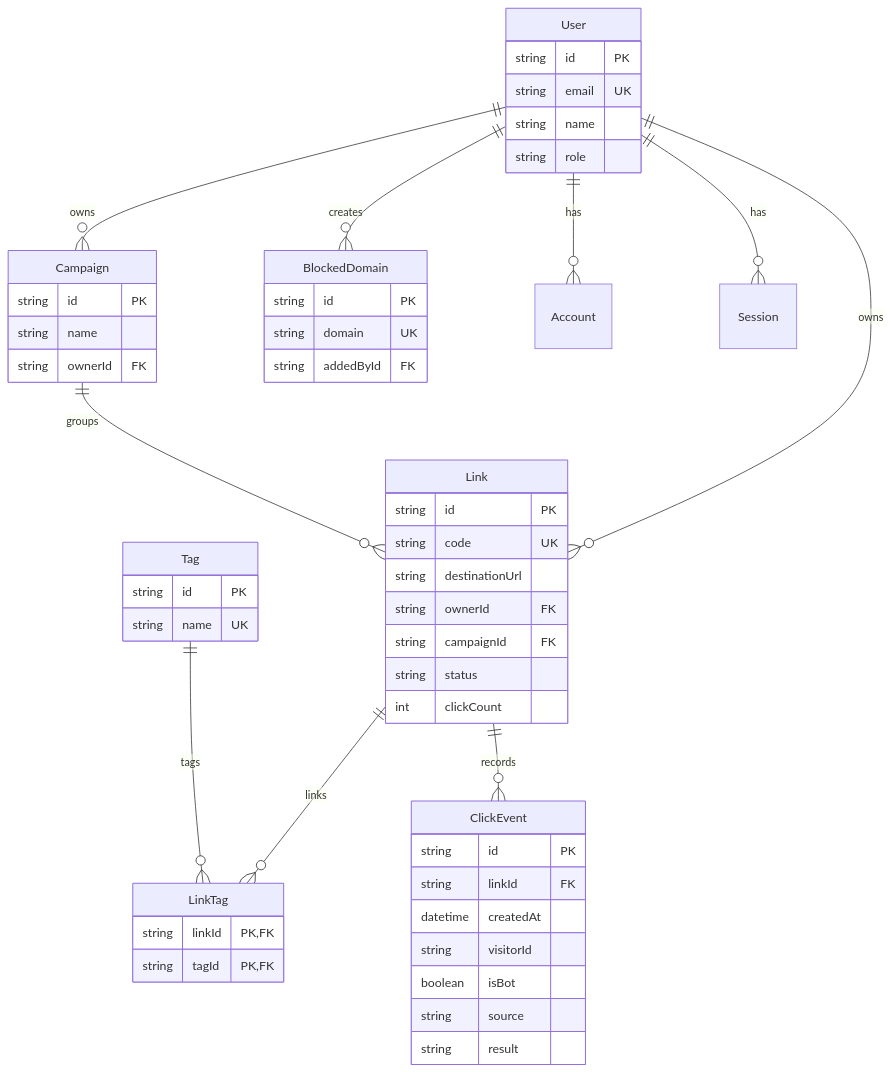
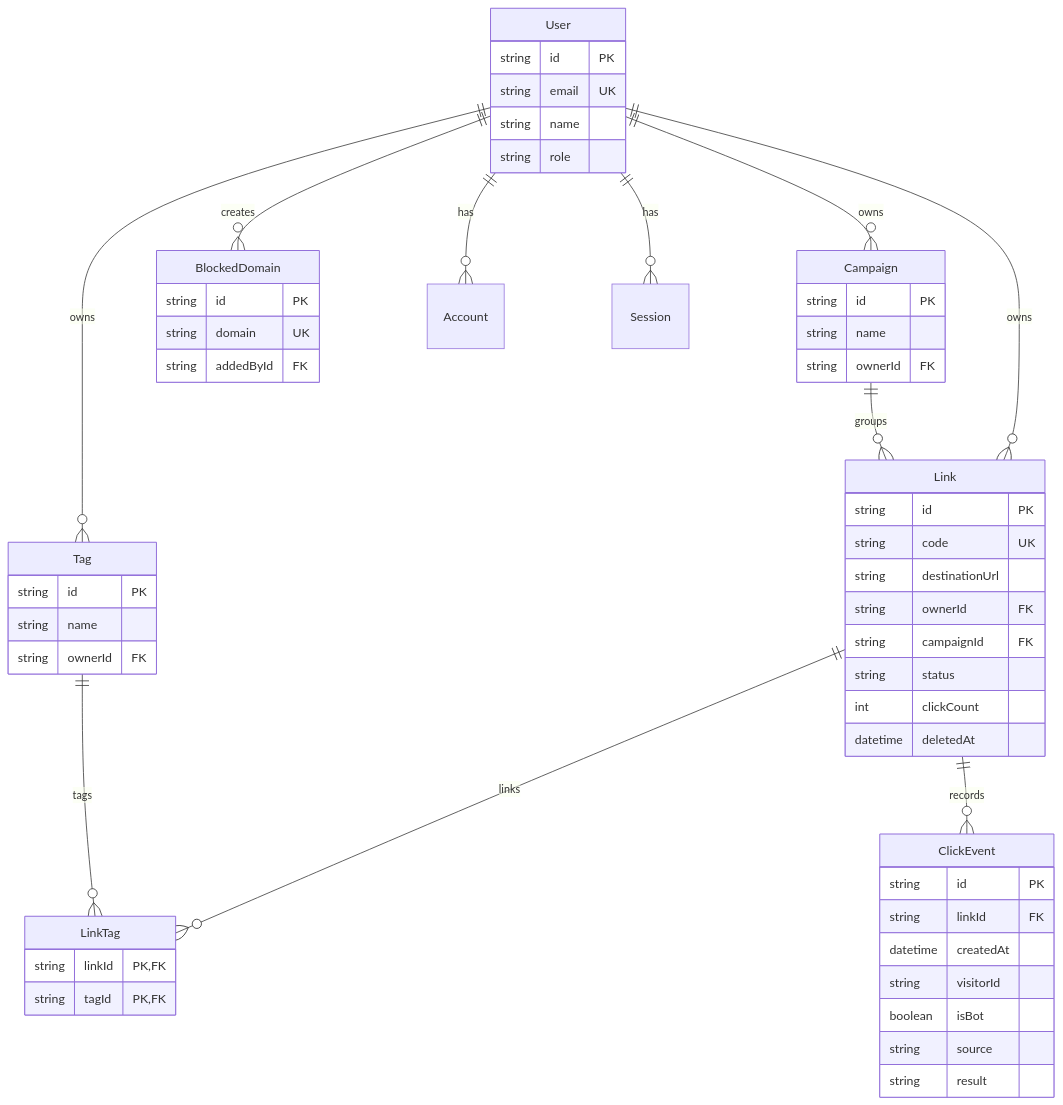
Before and after one commit to tejas0629/codeXplorer-linkpulse: the diagram in docs/DATABASE.md, drawn with Mermaid. The commit also changed other lines of this file and 12 other files, not shown here.

Commit message:
fix: apply schema review changes and sync docs

````diff
--- a/docs/DATABASE.md
+++ b/docs/DATABASE.md
@@ -13,61 +11,64 @@
 ```mermaid
 erDiagram
     User ||--o{ Link : owns
     User ||--o{ Campaign : owns
+    User ||--o{ Tag : owns
     User ||--o{ BlockedDomain : creates
     User ||--o{ Account : has
     User ||--o{ Session : has
     Campaign ||--o{ Link : groups
     Link ||--o{ LinkTag : links
     Tag ||--o{ LinkTag : tags
     Link ||--o{ ClickEvent : records
 
     User {
         string id PK
         string email UK
         string name
         string role
     }
 
     Link {
         string id PK
         string code UK
         string destinationUrl
         string ownerId FK
         string campaignId FK
         string status
         int clickCount
+        datetime deletedAt
     }
 
     Campaign {
         string id PK
         string name
         string ownerId FK
     }
 
     Tag {
         string id PK
-        string name UK
+        string name
+        string ownerId FK
     }
 
     LinkTag {
         string linkId PK,FK
         string tagId PK,FK
     }
 
     ClickEvent {
         string id PK
         string linkId FK
         datetime createdAt
         string visitorId
         boolean isBot
         string source
         string result
     }
 
     BlockedDomain {
         string id PK
         string domain UK
         string addedById FK
     }
 ```
````
